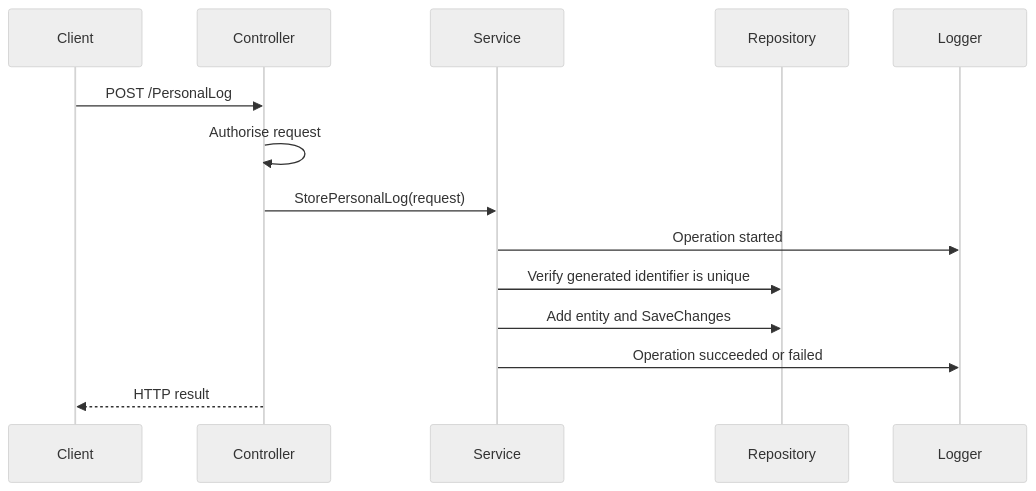
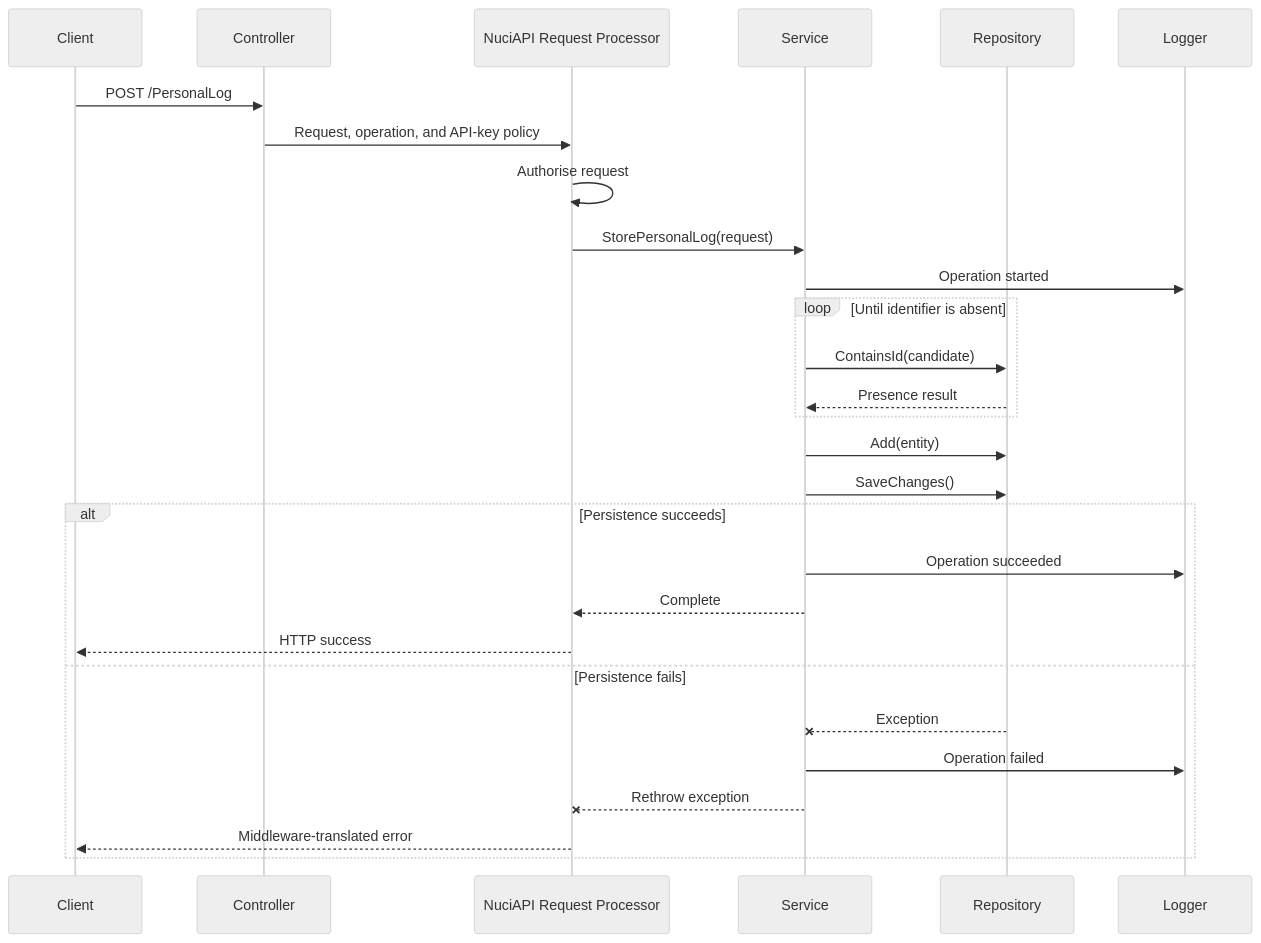
The fifth of 8 diagrams in ARCHITECTURE.md (hmlendea/personal-log-manager), drawn with Mermaid (neutral theme) before and after one commit. The commit also changed other lines of this file, not shown here.

Commit message:
architecture: Updated the md

````diff
--- a/ARCHITECTURE.md
+++ b/ARCHITECTURE.md
@@ -136,17 +223,31 @@
 ```mermaid
 sequenceDiagram
     participant Client
     participant Controller
+    participant Processor as NuciAPI Request Processor
     participant Service
     participant Repository
     participant Logger
 
     Client->>Controller: POST /PersonalLog
-    Controller->>Controller: Authorise request
-    Controller->>Service: StorePersonalLog(request)
+    Controller->>Processor: Request, operation, and API-key policy
+    Processor->>Processor: Authorise request
+    Processor->>Service: StorePersonalLog(request)
     Service->>Logger: Operation started
-    Service->>Repository: Verify generated identifier is unique
-    Service->>Repository: Add entity and SaveChanges
-    Service->>Logger: Operation succeeded or failed
-    Controller-->>Client: HTTP result
+    loop Until identifier is absent
+        Service->>Repository: ContainsId(candidate)
+        Repository-->>Service: Presence result
+    end
+    Service->>Repository: Add(entity)
+    Service->>Repository: SaveChanges()
+    alt Persistence succeeds
+        Service->>Logger: Operation succeeded
+        Service-->>Processor: Complete
+        Processor-->>Client: HTTP success
+    else Persistence fails
+        Repository--xService: Exception
+        Service->>Logger: Operation failed
+        Service--xProcessor: Rethrow exception
+        Processor-->>Client: Middleware-translated error
+    end
 ```
````
